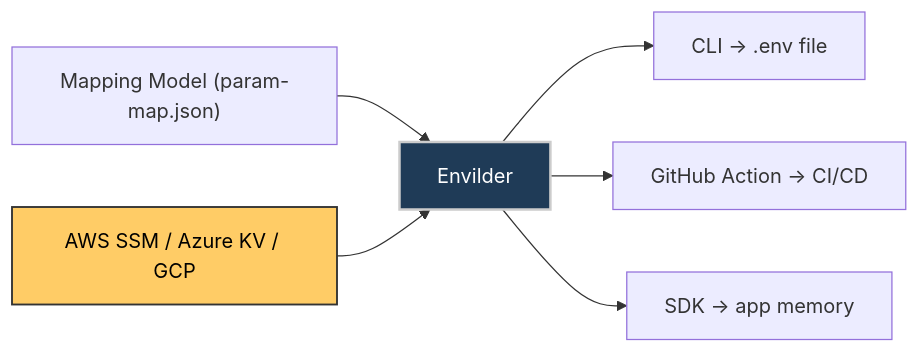
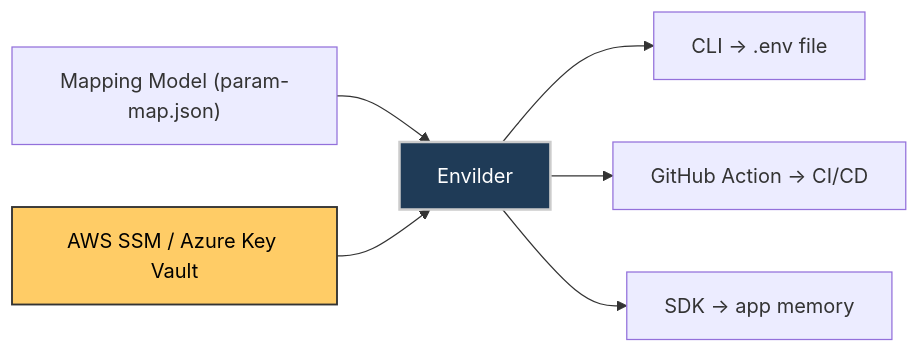
Before and after one commit to macalbert/envilder: the diagram in README.md, drawn with Mermaid. The commit also changed other lines of this file, not shown here.

````diff
--- a/README.md
+++ b/README.md
@@ -427,11 +312,11 @@
 ```mermaid
 graph LR
     A["Mapping Model (param-map.json)"] --> B[Envilder]:::core
     B --> C["CLI → .env file"]
     B --> D["GitHub Action → CI/CD"]
     B --> E["SDK → app memory"]
-    F["AWS SSM / Azure KV / GCP"]:::cloud --> B
+    F["AWS SSM / Azure Key Vault"]:::cloud --> B
 
     classDef cloud fill:#ffcc66,color:#000000,stroke:#333,stroke-width:1.5px;
     classDef core fill:#1f3b57,color:#fff,stroke:#ccc,stroke-width:2px;
 ```
````
